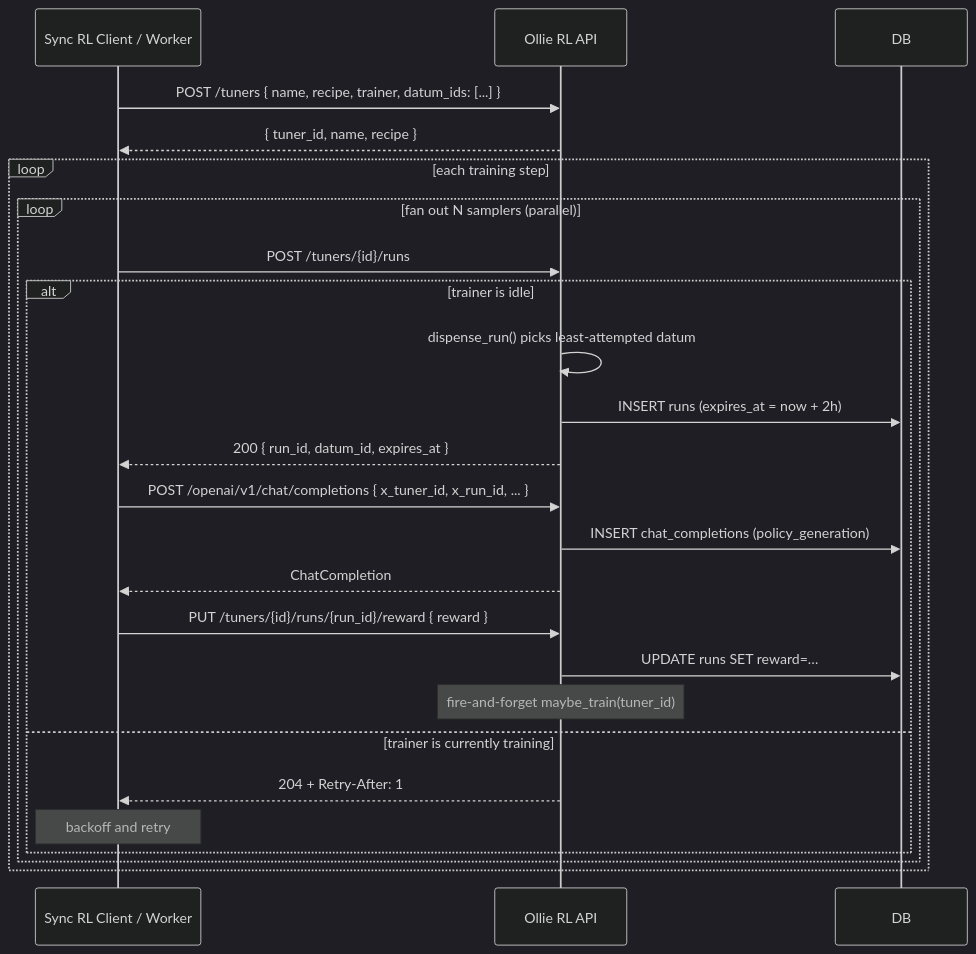
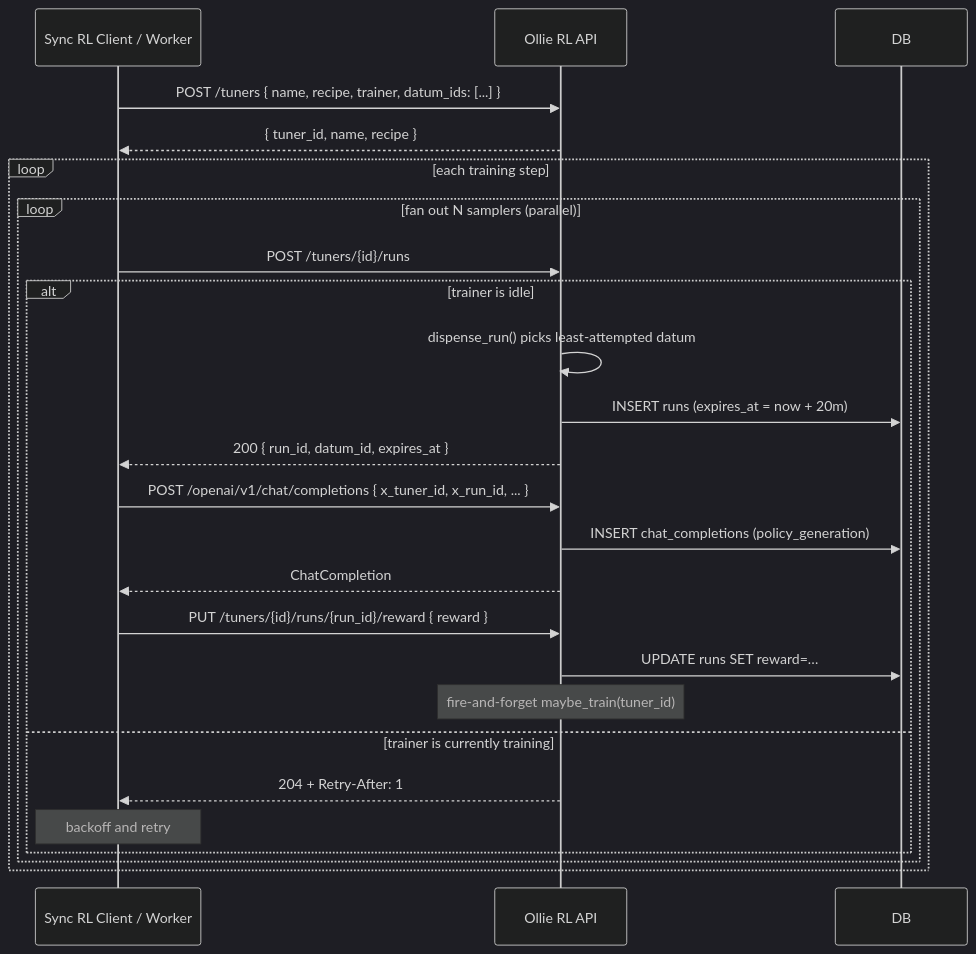
Before and after one commit to wsxiaoys/ollie-rl: the first of 2 diagrams in .agents/skills/dev/references/sync-rl.md, drawn with Mermaid (dark theme). The commit also changed other lines of this file and 14 other files, not shown here.

````diff
--- a/.agents/skills/dev/references/sync-rl.md
+++ b/.agents/skills/dev/references/sync-rl.md
@@ -8,29 +8,29 @@
 ```mermaid
 sequenceDiagram
     participant C as Sync RL Client / Worker
     participant API as Ollie RL API
     participant DB as DB
 
     C->>API: POST /tuners { name, recipe, trainer, datum_ids: [...] }
     API-->>C: { tuner_id, name, recipe }
 
     loop each training step
         loop fan out N samplers (parallel)
             C->>API: POST /tuners/{id}/runs
             alt trainer is idle
                 API->>API: dispense_run() picks least-attempted datum
-                API->>DB: INSERT runs (expires_at = now + 2h)
+                API->>DB: INSERT runs (expires_at = now + 20m)
                 API-->>C: 200 { run_id, datum_id, expires_at }
                 C->>API: POST /openai/v1/chat/completions { x_tuner_id, x_run_id, ... }
                 API->>DB: INSERT chat_completions (policy_generation)
                 API-->>C: ChatCompletion
                 C->>API: PUT /tuners/{id}/runs/{run_id}/reward { reward }
                 API->>DB: UPDATE runs SET reward=…
                 Note over API: fire-and-forget maybe_train(tuner_id)
             else trainer is currently training
                 API-->>C: 204 + Retry-After: 1
                 Note over C: backoff and retry
             end
         end
     end
 ```
````
